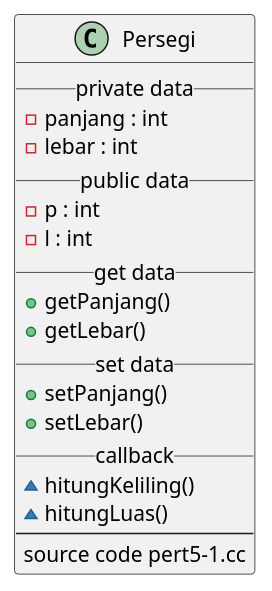
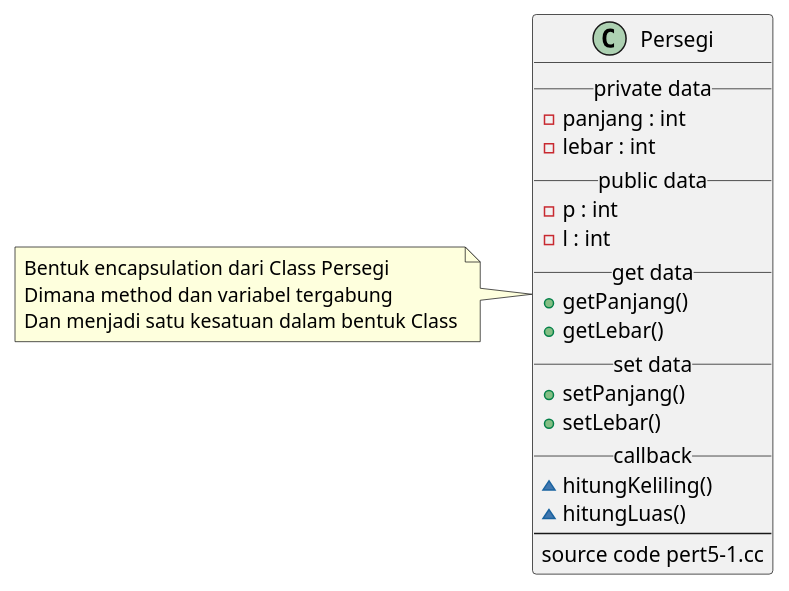
Before and after one commit to djambred/pbo: the diagram in pert5/persegi.puml, drawn with PlantUML. The commit also changed 1 other file, not shown here.

```diff
--- a/pert5/persegi.puml
+++ b/pert5/persegi.puml
@@ -1,23 +1,28 @@
 @startuml persegiencap
 
 class Persegi{
     __ private data __
     - panjang : int
     - lebar : int
     __ public data__
     - p : int
     - l : int
     __ get data__
     + getPanjang()
     + getLebar()
     __ set data__
     + setPanjang()
     + setLebar()
     __ callback__
     ~ hitungKeliling()
     ~ hitungLuas()
     --
     source code pert5-1.cc
 }
+note left of Persegi
+  Bentuk encapsulation dari Class Persegi
+  Dimana method dan variabel tergabung
+  Dan menjadi satu kesatuan dalam bentuk Class
+end note
 
 @enduml
```
